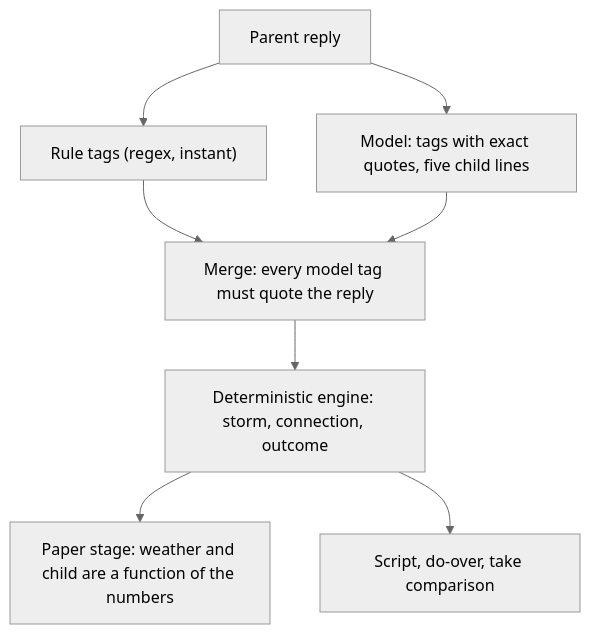
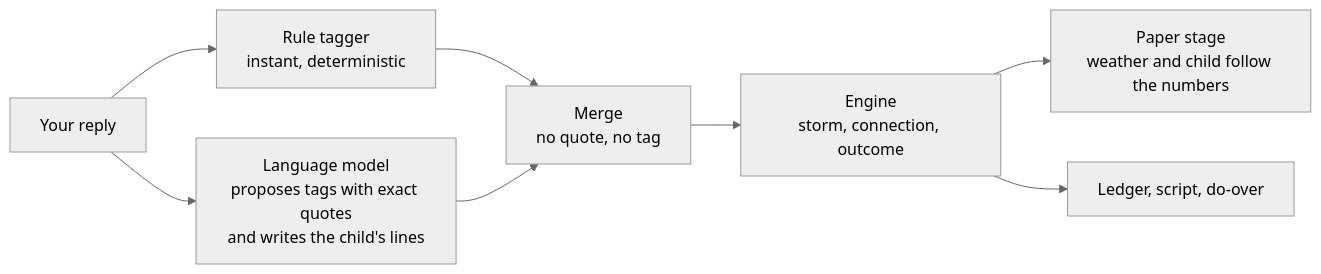
The diagram in README.md (mrxfsociety/veltral-businesscap2.0), drawn with Mermaid (neutral theme) before and after one commit. The commit also changed other lines of this file and 10 other files, not shown here.

````diff
--- a/README.md
+++ b/README.md
@@ -20,10 +75,10 @@
 ```mermaid
-flowchart TD
-  Reply["Parent reply"] --> Rules["Rule tags (regex, instant)"]
-  Reply --> Model["Model: tags with exact quotes, five child lines"]
-  Rules --> Merge["Merge: every model tag must quote the reply"]
+flowchart LR
+  Reply["Your reply"] --> Rules["Rule tagger<br/>instant, deterministic"]
+  Reply --> Model["Language model<br/>proposes tags with exact quotes<br/>and writes the child's lines"]
+  Rules --> Merge["Merge<br/>no quote, no tag"]
   Model --> Merge
-  Merge --> Engine["Deterministic engine: storm, connection, outcome"]
-  Engine --> Stage["Paper stage: weather and child are a function of the numbers"]
-  Engine --> Script["Script, do-over, take comparison"]
+  Merge --> Engine["Engine<br/>storm, connection, outcome"]
+  Engine --> Stage["Paper stage<br/>weather and child follow the numbers"]
+  Engine --> Script["Ledger, script, do-over"]
 ```
````
